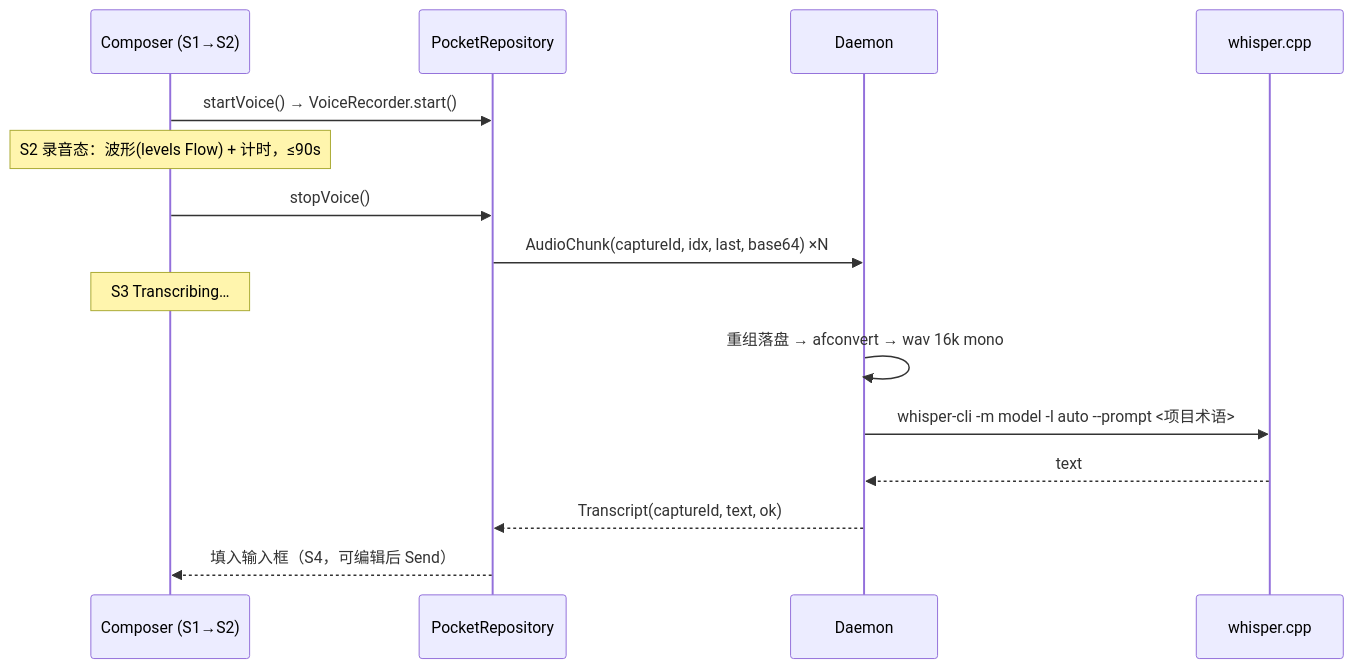
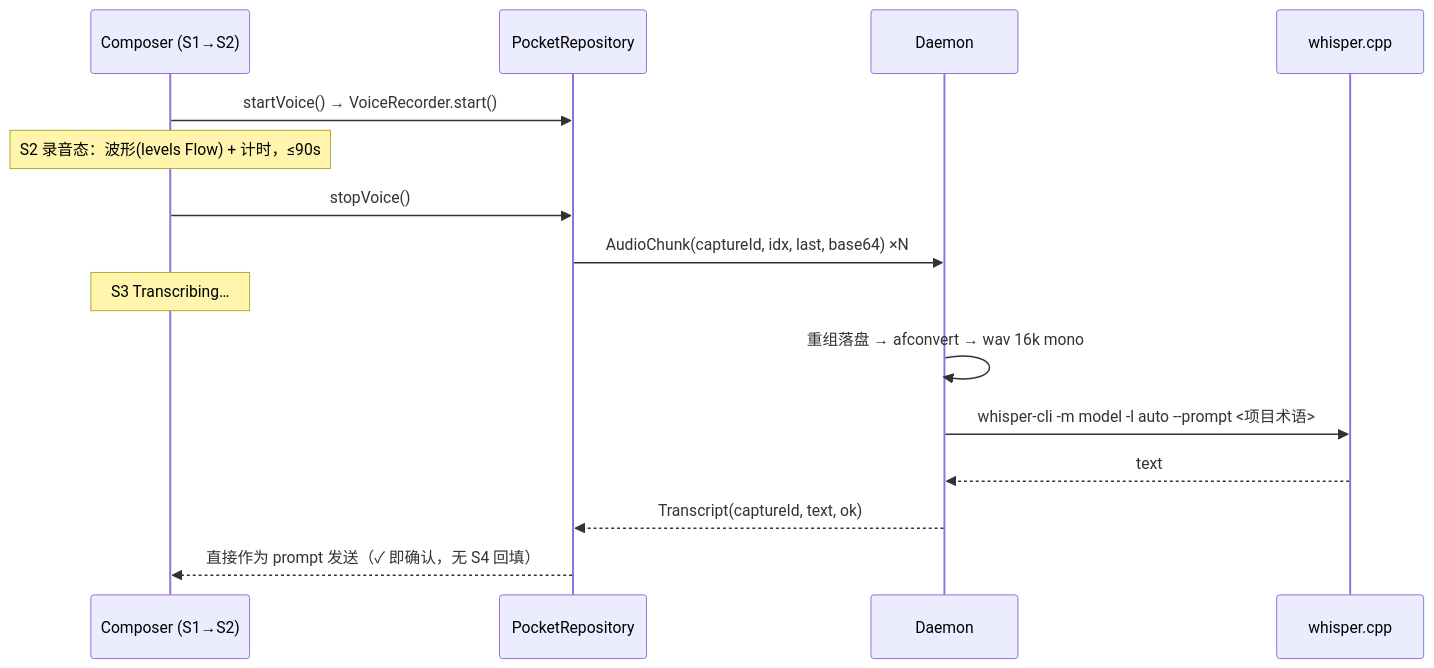
The diagram in docs/design/VOICE-INPUT.md (heypandax/pairlet), drawn with Mermaid before and after one commit. The commit also changed other lines of this file and 8 other files, not shown here.

````diff
--- a/docs/design/VOICE-INPUT.md
+++ b/docs/design/VOICE-INPUT.md
@@ -30,18 +30,18 @@
 ```mermaid
 sequenceDiagram
     participant UI as Composer (S1→S2)
     participant R as PocketRepository
     participant D as Daemon
     participant W as whisper.cpp
 
     UI->>R: startVoice() → VoiceRecorder.start()
     Note over UI: S2 录音态：波形(levels Flow) + 计时，≤90s
     UI->>R: stopVoice()
     R->>D: AudioChunk(captureId, idx, last, base64) ×N
     Note over UI: S3 Transcribing…
     D->>D: 重组落盘 → afconvert → wav 16k mono
     D->>W: whisper-cli -m model -l auto --prompt <项目术语>
     W-->>D: text
     D-->>R: Transcript(captureId, text, ok)
-    R-->>UI: 填入输入框（S4，可编辑后 Send）
+    R-->>UI: 直接作为 prompt 发送（✓ 即确认，无 S4 回填）
 ```
````
